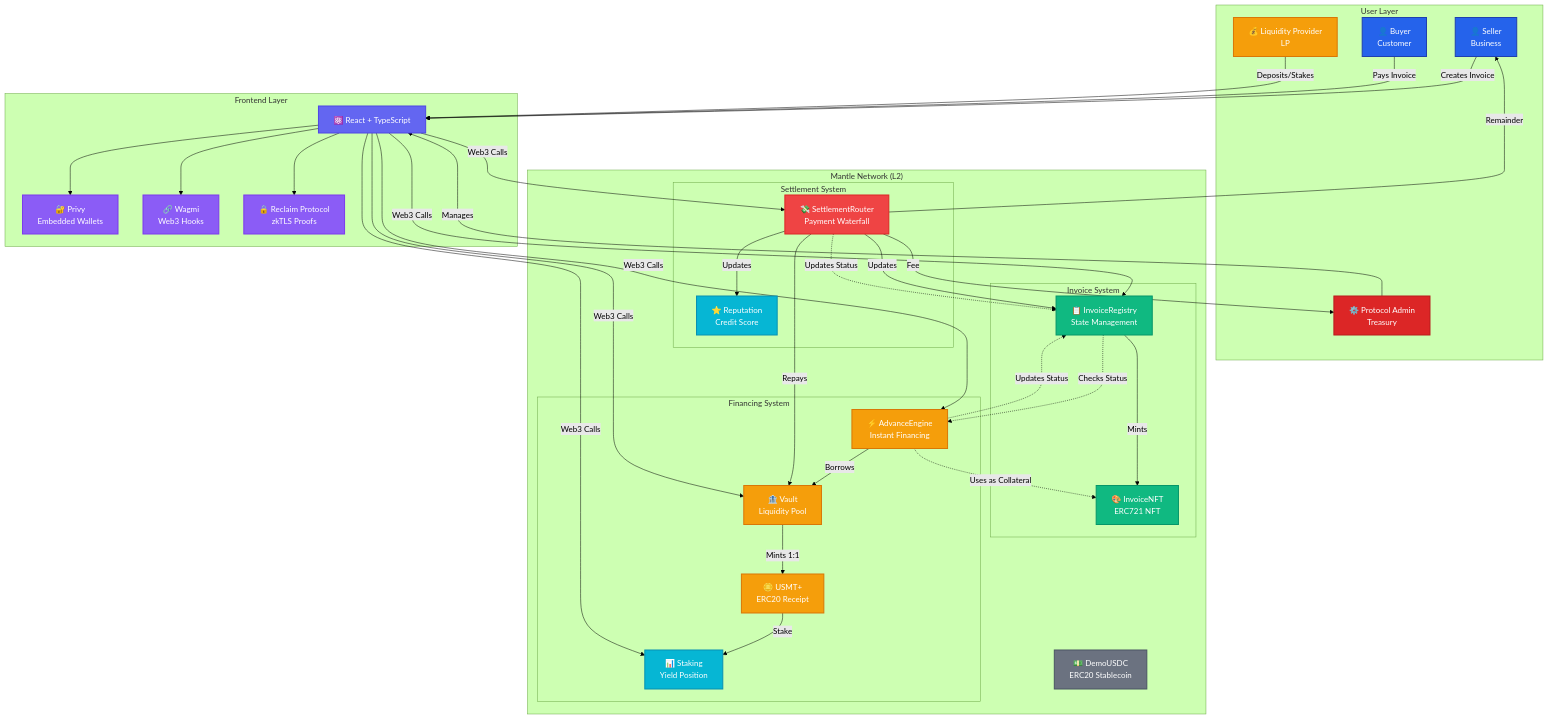
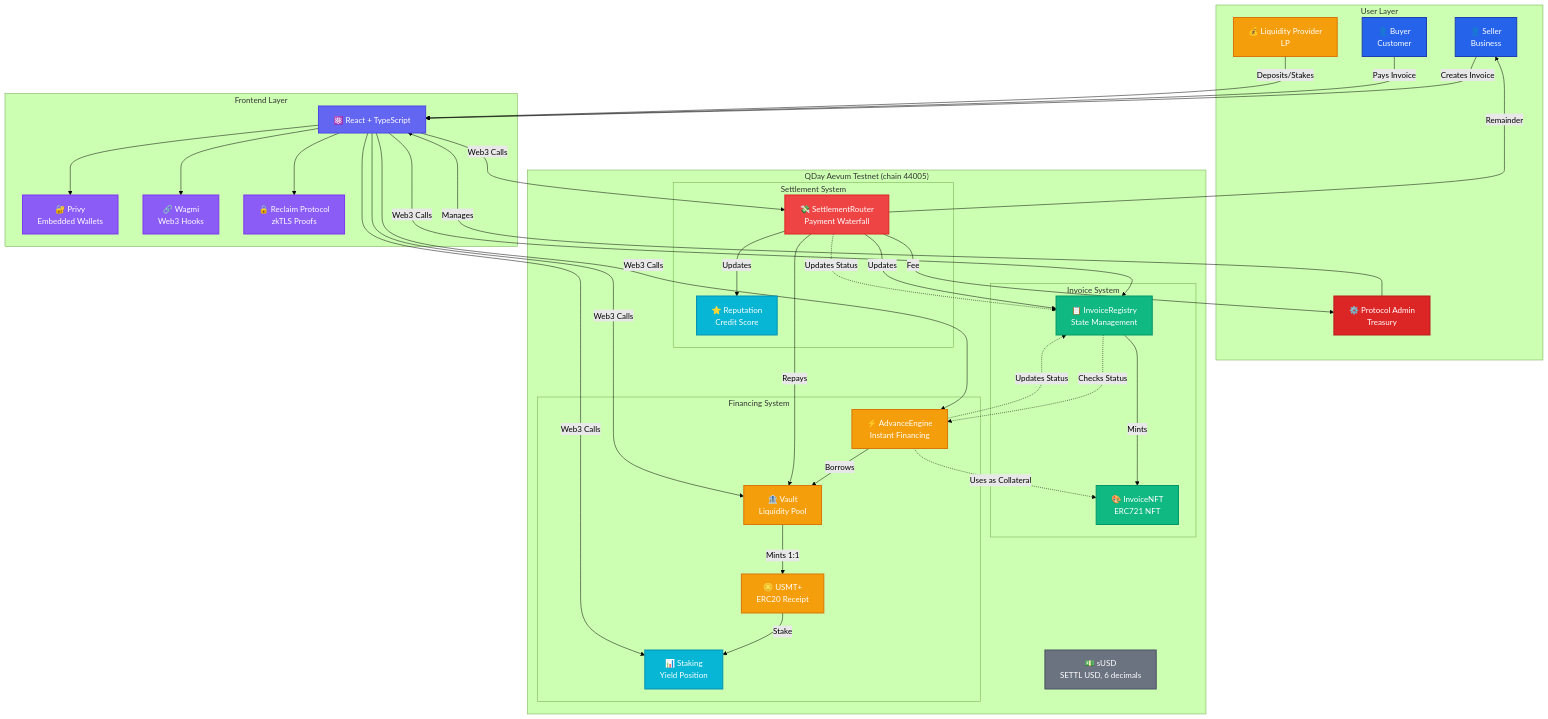
Before and after one commit to builderbroxd/mysettl: the first of 4 diagrams in README.md, drawn with Mermaid (forest theme).

Commit message:
docs(readme): update architecture diagram for Aevum and sUSD

```diff
--- a/README.md
+++ b/README.md
@@ -62,7 +62,7 @@
         React --> Reclaim
     end
 
-    subgraph "Mantle Network (L2)"
+    subgraph "QDay Aevum Testnet (chain 44005)"
         subgraph "Invoice System"
             InvoiceRegistry[📋 InvoiceRegistry<br/>State Management]
             InvoiceNFT[🎨 InvoiceNFT<br/>ERC721 NFT]
@@ -91,7 +91,7 @@
             SettlementRouter -->|Repays| Vault
         end
         
-        DemoUSDC[💵 DemoUSDC<br/>ERC20 Stablecoin]
+        DemoUSDC[💵 sUSD<br/>SETTL USD, 6 decimals]
     end
 
     Seller -->|Creates Invoice| React
```
